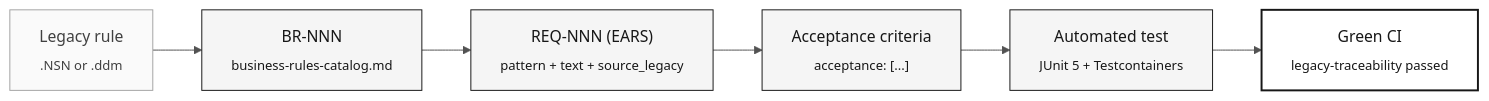
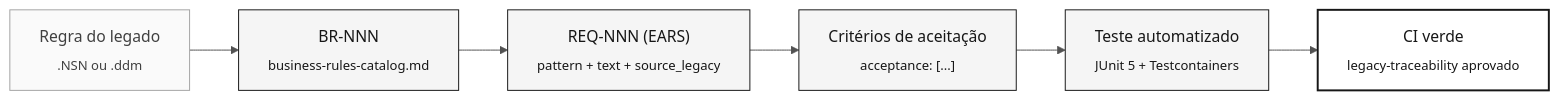
Before and after one commit to paulasilvatech/datacorp-sifap-team-kit-pt-br: the diagram in 07-concepts/05-ears-notation.md, drawn with Mermaid. The commit also changed other lines of this file and 361 other files, not shown here.

````diff
--- a/07-concepts/05-ears-notation.md
+++ b/07-concepts/05-ears-notation.md
@@ -220,16 +220,16 @@
 ```mermaid
 %%{init: {'theme':'neutral','themeVariables':{'fontFamily':'ui-sans-serif, system-ui, sans-serif','primaryColor':'#F5F5F5','primaryTextColor':'#171717','primaryBorderColor':'#171717','lineColor':'#525252','secondaryColor':'#FFFFFF','tertiaryColor':'#FAFAFA','background':'#FFFFFF'}}}%%
 flowchart LR
     classDef step fill:#F5F5F5,stroke:#171717,color:#171717
     classDef gate fill:#FFFFFF,stroke:#171717,color:#171717,stroke-width:2px
     classDef muted fill:#FAFAFA,stroke:#A3A3A3,color:#404040
 
-    A["Legacy rule<br/><sub>.NSN or .ddm</sub>"]:::muted
+    A["Regra do legado<br/><sub>.NSN ou .ddm</sub>"]:::muted
     B["BR-NNN<br/><sub>business-rules-catalog.md</sub>"]:::step
     C["REQ-NNN (EARS)<br/><sub>pattern + text + source_legacy</sub>"]:::step
-    D["Acceptance criteria<br/><sub>acceptance: [...]</sub>"]:::step
-    E["Automated test<br/><sub>JUnit 5 + Testcontainers</sub>"]:::step
-    F["Green CI<br/><sub>legacy-traceability passed</sub>"]:::gate
+    D["Critérios de aceitação<br/><sub>acceptance: [...]</sub>"]:::step
+    E["Teste automatizado<br/><sub>JUnit 5 + Testcontainers</sub>"]:::step
+    F["CI verde<br/><sub>legacy-traceability aprovado</sub>"]:::gate
 
     A --> B --> C --> D --> E --> F
 ```
````
